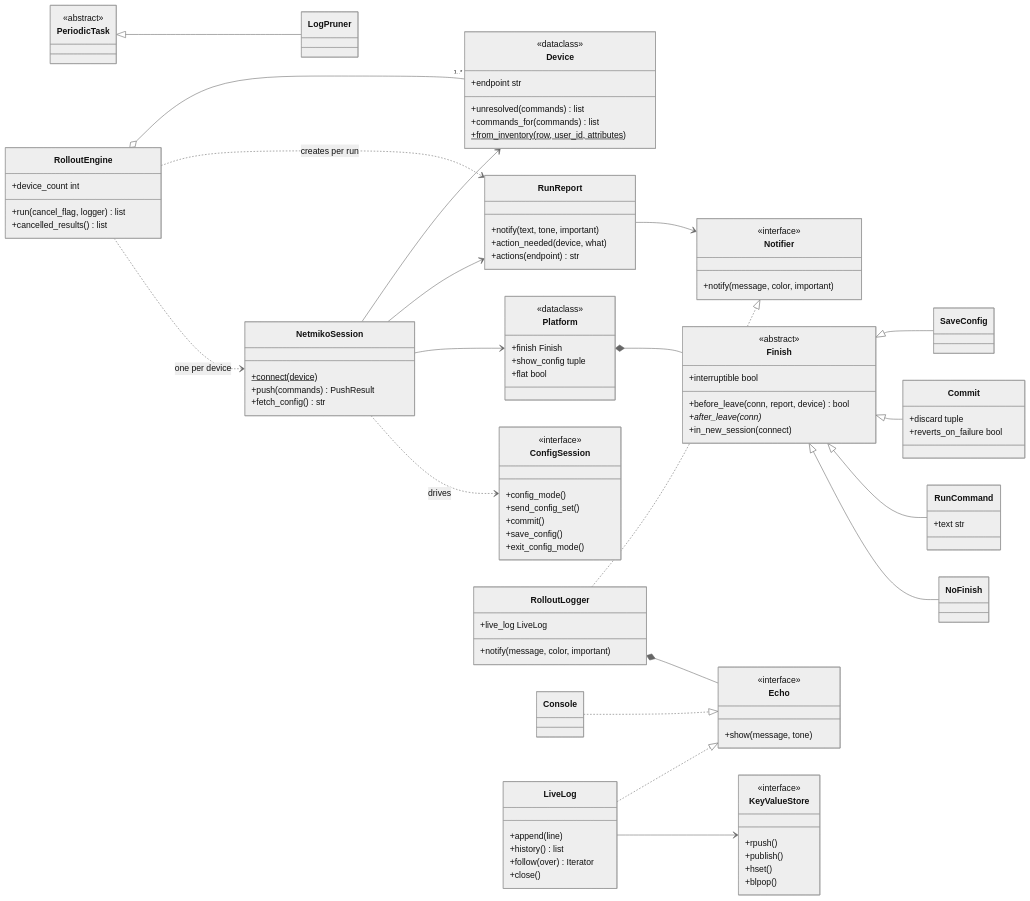
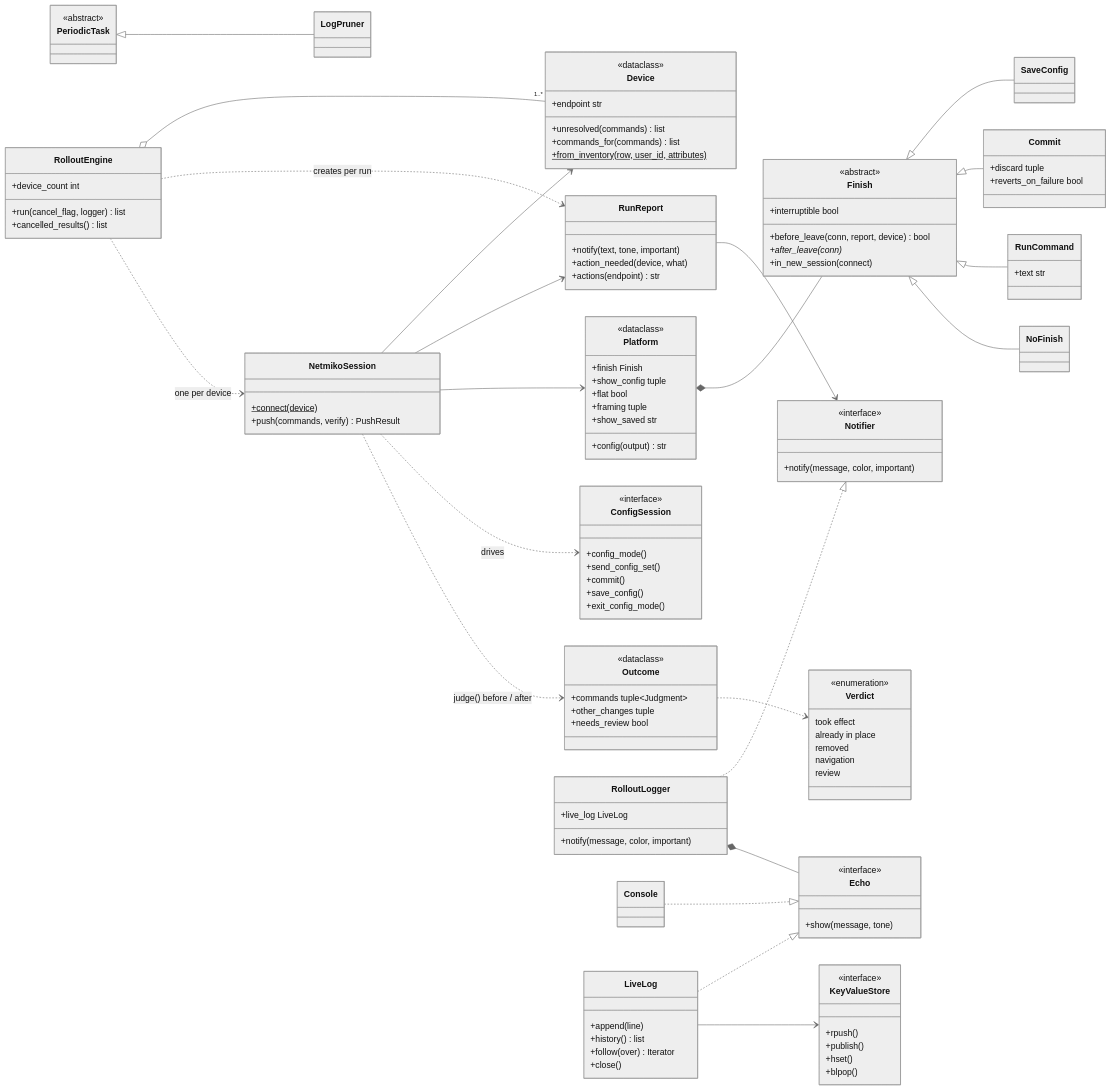
Before and after one commit to itamar14-byte/NetRollout: the fifth of 15 diagrams in docs/architecture.md, drawn with Mermaid (neutral theme). The commit also changed other lines of this file and 7 other files, not shown here.

```diff
--- a/docs/architecture.md
+++ b/docs/architecture.md
@@ -573,8 +576,21 @@
     }
     class NetmikoSession {
         +connect(device)$
-        +push(commands) PushResult
-        +fetch_config() str
+        +push(commands, verify) PushResult
+    }
+    class Outcome {
+        <<dataclass>>
+        +commands tuple~Judgment~
+        +other_changes tuple
+        +needs_review bool
+    }
+    class Verdict {
+        <<enumeration>>
+        took effect
+        already in place
+        removed
+        navigation
+        review
     }
     class RunReport {
         +notify(text, tone, important)
@@ -598,6 +614,9 @@
         +finish Finish
         +show_config tuple
         +flat bool
+        +framing tuple
+        +show_saved str
+        +config(output) str
     }
     class Finish {
         <<abstract>>
@@ -648,6 +667,8 @@
     NetmikoSession --> RunReport
     NetmikoSession --> Platform
     NetmikoSession ..> ConfigSession : drives
+    NetmikoSession ..> Outcome : judge() before / after
+    Outcome ..> Verdict
     RunReport --> Notifier
     Platform *-- Finish
     Finish <|-- SaveConfig
```
